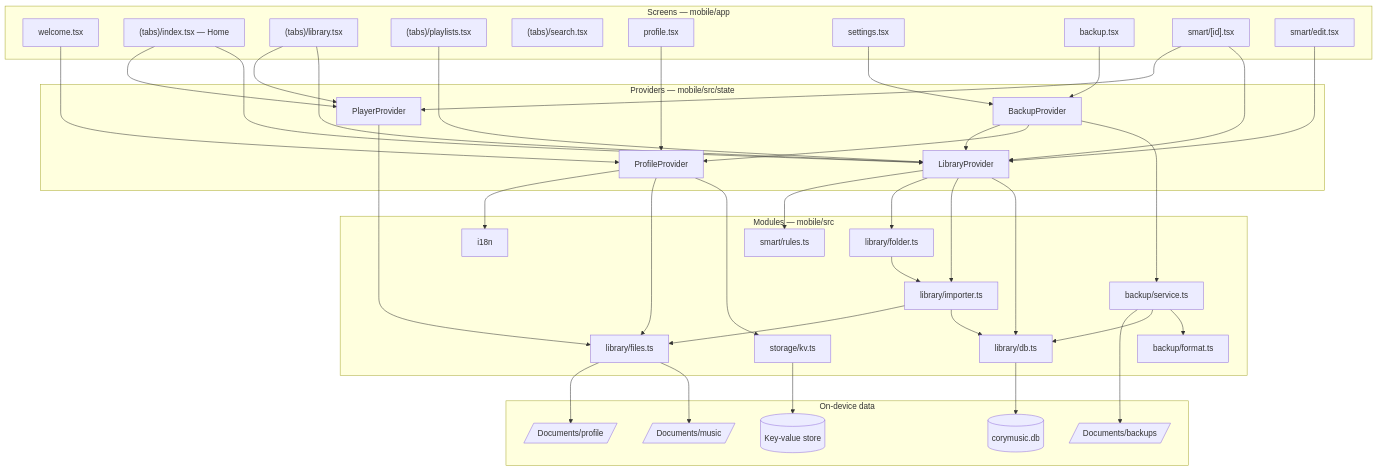
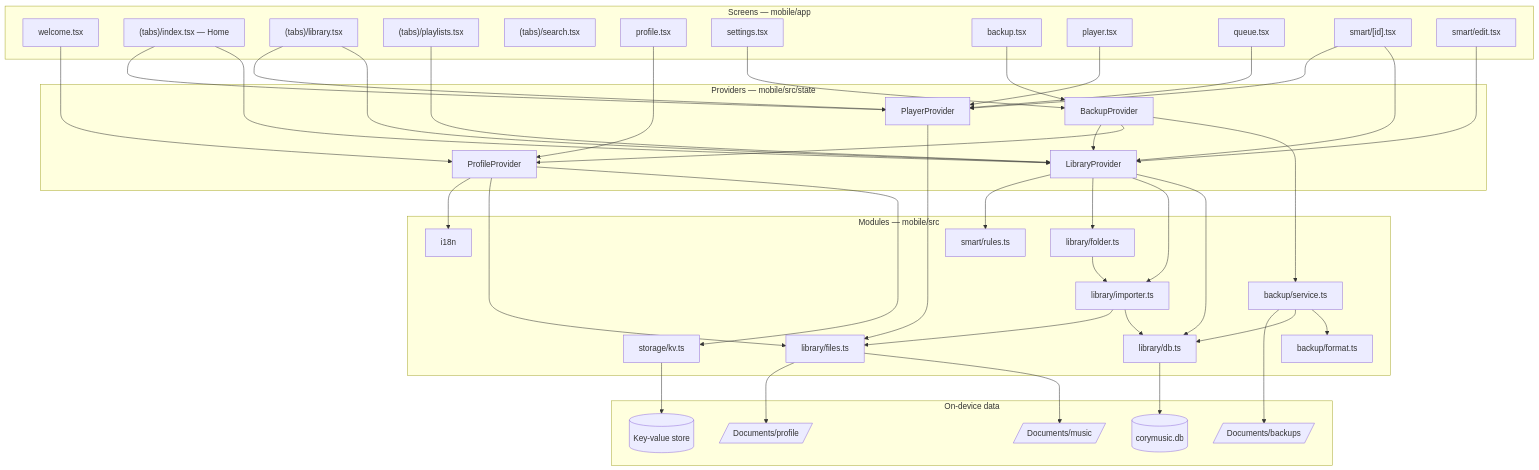
Before and after one commit to sabrinasalomon/CoryMusic: the first of 5 diagrams in docs/ARCHITECTURE.md, drawn with Mermaid. The commit also changed other lines of this file and 24 other files, not shown here.

````diff
--- a/docs/ARCHITECTURE.md
+++ b/docs/ARCHITECTURE.md
@@ -7,70 +7,72 @@
 ```mermaid
 flowchart TB
     subgraph Screens["Screens — mobile/app"]
         W[welcome.tsx]
         T1["(tabs)/index.tsx — Home"]
         T2["(tabs)/library.tsx"]
         T3["(tabs)/playlists.tsx"]
         T4["(tabs)/search.tsx"]
         P[profile.tsx]
         S[settings.tsx]
         B[backup.tsx]
+        NP[player.tsx]
+        QU[queue.tsx]
         SD["smart/[id].tsx"]
         SE[smart/edit.tsx]
     end
 
     subgraph State["Providers — mobile/src/state"]
         PP[ProfileProvider]
         LP[LibraryProvider]
         BP[BackupProvider]
         PL[PlayerProvider]
     end
 
     subgraph Modules["Modules — mobile/src"]
         DB[library/db.ts]
         IM[library/importer.ts]
         FO[library/folder.ts]
         FI[library/files.ts]
         RU[smart/rules.ts]
         BF[backup/format.ts]
         BS[backup/service.ts]
         KV[storage/kv.ts]
         I18N[i18n]
     end
 
     subgraph Device["On-device data"]
         SQL[(corymusic.db)]
         KVS[(Key-value store)]
         MUS[/Documents/music/]
         PRO[/Documents/profile/]
         BAK[/Documents/backups/]
     end
 
     W & P --> PP
     T1 & T2 & T3 & SD & SE --> LP
     B & S --> BP
-    T1 & T2 & SD --> PL
+    T1 & T2 & SD & NP & QU --> PL
 
     PP --> KV
     PP --> FI
     PP --> I18N
     LP --> DB
     LP --> IM
     LP --> FO
     LP --> RU
     BP --> BS
     BP --> PP
     BP --> LP
     PL --> FI
 
     BS --> BF
     BS --> DB
     IM --> DB
     IM --> FI
     FO --> IM
     DB --> SQL
     KV --> KVS
     FI --> MUS
     FI --> PRO
     BS --> BAK
 ```
````
